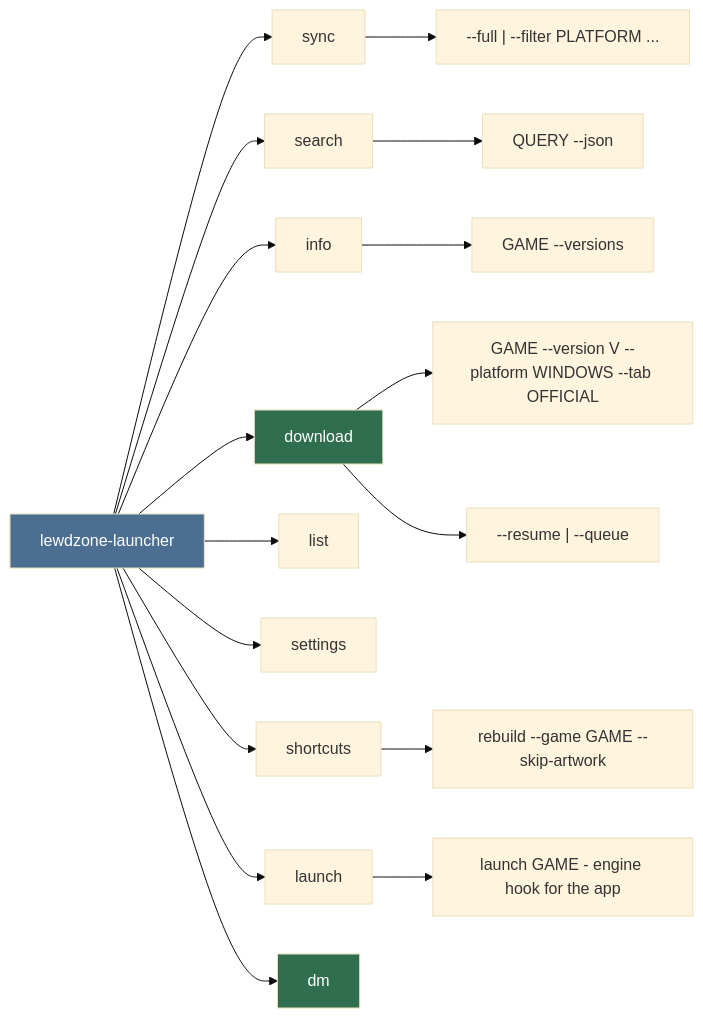
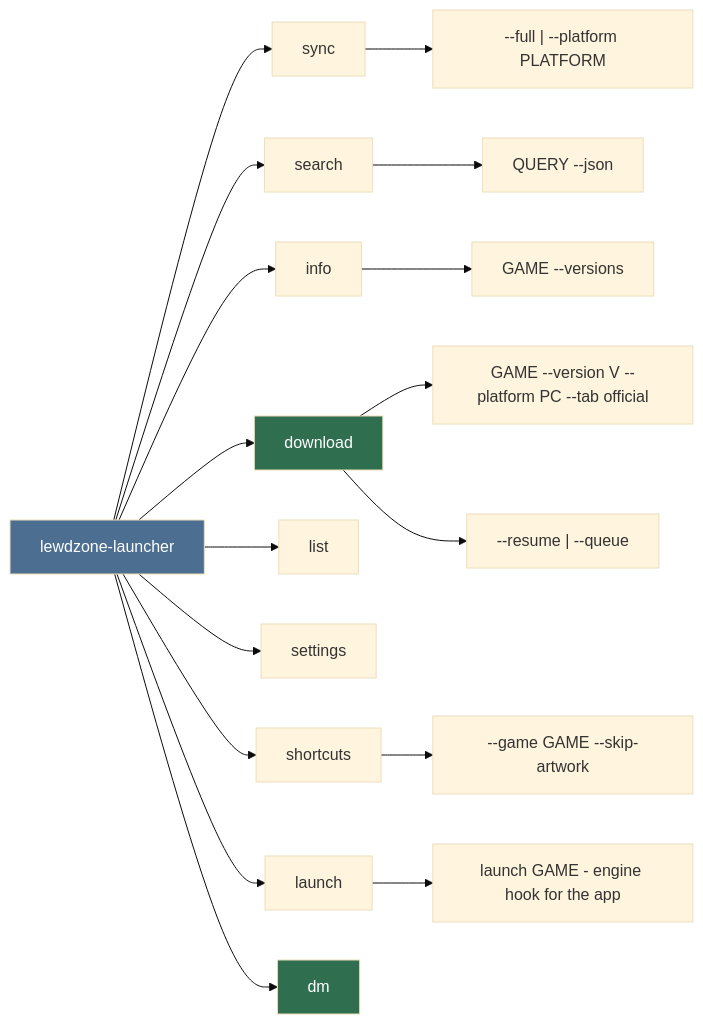
One commit to HELIX-Origin/LewdZone-Launcher changed the second of 2 diagrams in .agents/agents/cli/cli.md. Above: the diagram before and after it, drawn with Mermaid (base theme). The commit also changed 33 other files, not shown here.

````diff
--- a/.agents/agents/cli/cli.md
+++ b/.agents/agents/cli/cli.md
@@ -52,24 +52,24 @@
 ```mermaid
 flowchart LR
     L["lewdzone-launcher"] --> sync[sync]
     L --> search[search]
     L --> info[info]
     L --> download[download]
     L --> listcmd[list]
     L --> settingscmd[settings]
     L --> shortcuts[shortcuts]
     L --> launch[launch]
     L --> dm[dm]
 
-    sync --> fs1["--full | --filter PLATFORM ..."]
+    sync --> fs1["--full | --platform PLATFORM"]
     search --> ss1[QUERY --json]
     info --> si1[GAME --versions]
-    download --> sd1[GAME --version V --platform WINDOWS --tab OFFICIAL]
+    download --> sd1[GAME --version V --platform PC --tab official]
     download --> sd2["--resume | --queue"]
-    shortcuts --> sk1[rebuild --game GAME --skip-artwork]
+    shortcuts --> sk1["--game GAME --skip-artwork"]
     launch --> lg1[launch GAME - engine hook for the app]
 
     style L fill:#4b6e91,color:#fff
     style download fill:#2f6f4f,color:#fff
     style dm fill:#2f6f4f,color:#fff
 ```
````
